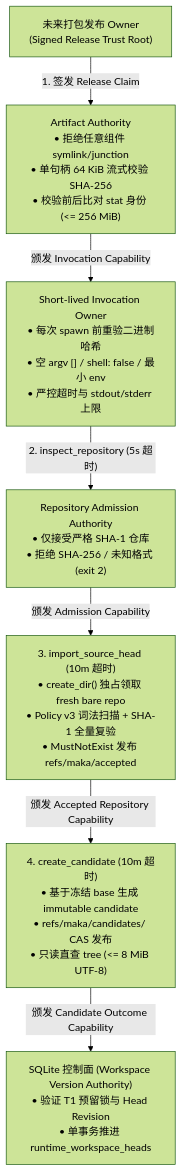
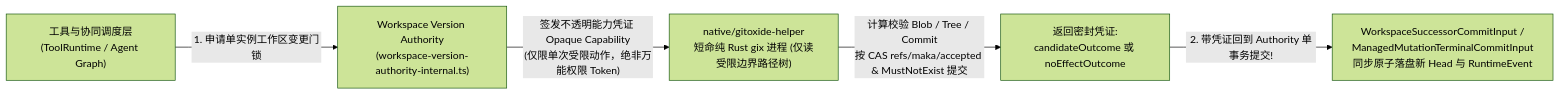
One commit to suger-m/agent-infrastructure-docs changed the diagram in maka-agent-infra/04-state/gitoxide-and-workspace-versioning.md. Above: the diagram before and after it, drawn with Mermaid (forest theme). The commit also changed other lines of this file and 33 other files, not shown here.

Commit message:
docs(ts): overhaul all 32 TS architecture chapters in razor-sharp microkernel style & polish Rust foundations

````diff
--- a/maka-agent-infra/04-state/gitoxide-and-workspace-versioning.md
+++ b/maka-agent-infra/04-state/gitoxide-and-workspace-versioning.md
@@ -31,9 +20,7 @@
 ```mermaid
-flowchart TD
-    Rel["未来打包发布 Owner<br/>(Signed Release Trust Root)"] -->|"1. 签发 Release Claim"| Art["Artifact Authority<br/>• 拒绝任意组件 symlink/junction<br/>• 单句柄 64 KiB 流式校验 SHA-256<br/>• 校验前后比对 stat 身份 (<= 256 MiB)"]
-    Art -->|"颁发 Invocation Capability"| Inv["Short-lived Invocation Owner<br/>• 每次 spawn 前重验二进制哈希<br/>• 空 argv [] / shell: false / 最小 env<br/>• 严控超时与 stdout/stderr 上限"]
-    Inv -->|"2. inspect_repository (5s 超时)"| Adm["Repository Admission Authority<br/>• 仅接受严格 SHA-1 仓库<br/>• 拒绝 SHA-256 / 未知格式 (exit 2)"]
-    Adm -->|"颁发 Admission Capability"| Imp["3. import_source_head (10m 超时)<br/>• create_dir() 独占领取 fresh bare repo<br/>• Policy v3 词法扫描 + SHA-1 全量复验<br/>• MustNotExist 发布 refs/maka/accepted"]
-    Imp -->|"颁发 Accepted Repository Capability"| Cand["4. create_candidate (10m 超时)<br/>• 基于冻结 base 生成 immutable candidate<br/>• refs/maka/candidates/<opHash> CAS 发布<br/>• 只读直查 tree (<= 8 MiB UTF-8)"]
-    Cand -->|"颁发 Candidate Outcome Capability"| Ctrl["SQLite 控制面 (Workspace Version Authority)<br/>• 验证 T1 预留锁与 Head Revision<br/>• 单事务推进 runtime_workspace_heads"]
+flowchart LR
+    Coord["工具与协同调度层<br/>(ToolRuntime / Agent Graph)"] -->|"1. 申请单实例工作区变更门锁"| Auth["Workspace Version Authority<br/>(workspace-version-authority-internal.ts)"]
+    Auth -->|"签发不透明能力凭证 Opaque Capability<br/>(仅限单次受限动作，绝非万能权限 Token)"| Helper["native/gitoxide-helper<br/>短命纯 Rust gix 进程 (仅读受限边界路径树)"]
+    Helper -->|"计算校验 Blob / Tree / Commit<br/>按 CAS refs/maka/accepted & MustNotExist 提交"| Receipt["返回密封凭证:<br/>candidateOutcome 或 noEffectOutcome"]
+    Receipt -->|"2. 带凭证回到 Authority 单事务提交!"| AuthCommit["WorkspaceSuccessorCommitInput /<br/>ManagedMutationTerminalCommitInput<br/>同步原子落盘新 Head 与 RuntimeEvent"]
 ```
````
